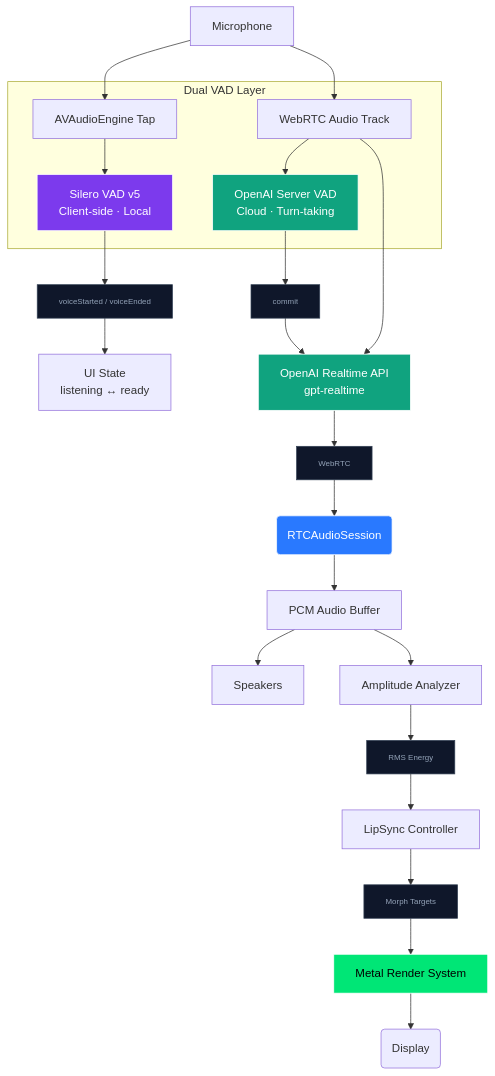
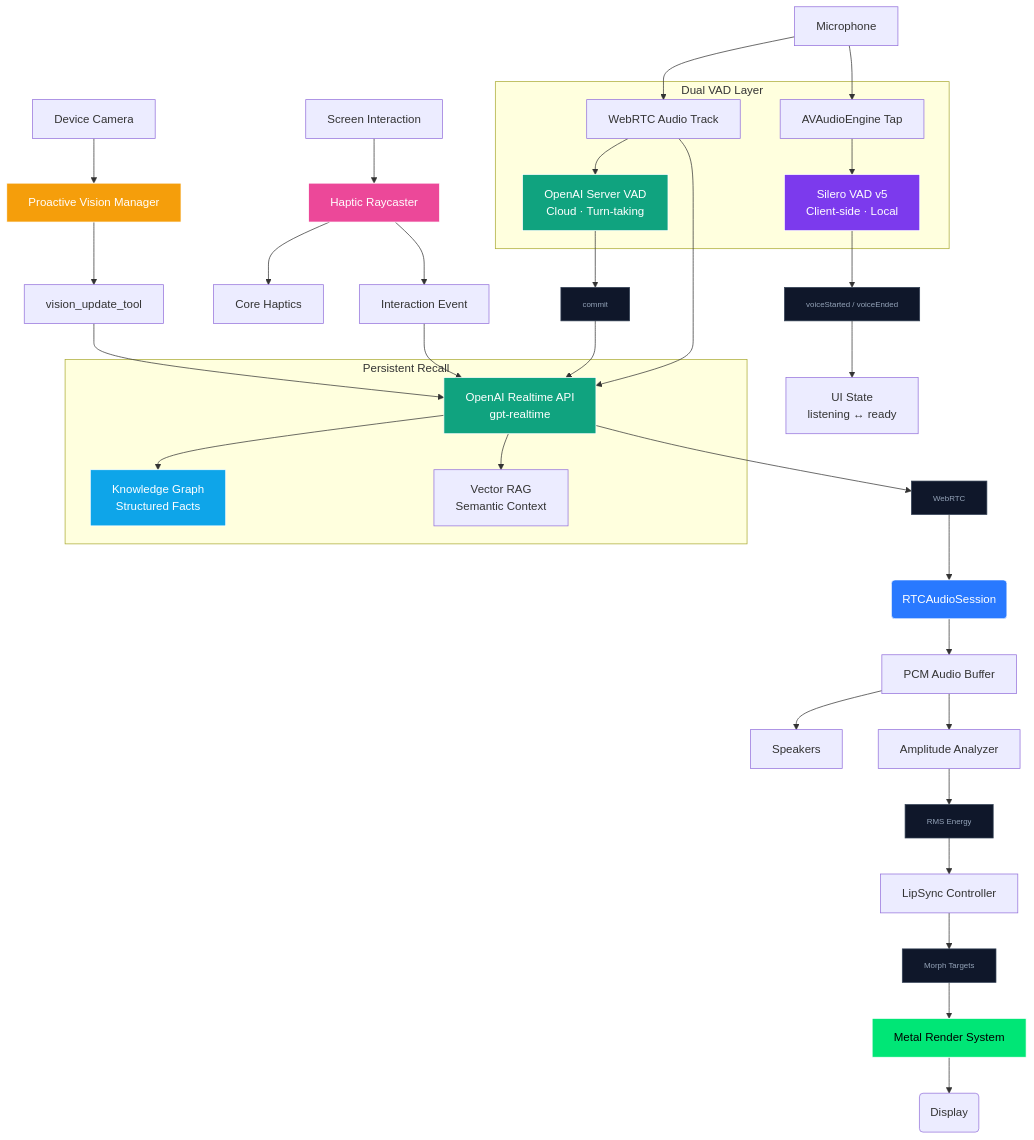
The first of 3 diagrams in README.md (kevinliddel/NeuraLink), drawn with Mermaid before and after one commit. The commit also changed other lines of this file and 24 other files, not shown here.

Commit message:
feat: implement knowledge graph memory, add proactive vision support, and introduce photo-taking and fact-storing AI skills.

````diff
--- a/README.md
+++ b/README.md
@@ -104,40 +107,59 @@
 ```mermaid
 graph TD
     MIC[Microphone]
+    CAM[Device Camera]
+    TOUCH[Screen Interaction]
 
     MIC --> WebRTC[WebRTC Audio Track]
     MIC --> Tap[AVAudioEngine Tap]
+    
+    CAM --> Vision[Proactive Vision Manager]
+    Vision --> FrameUpdate[vision_update_tool]
+    FrameUpdate --> API
+
+    TOUCH --> Raycast[Haptic Raycaster]
+    Raycast --> Haptic[Core Haptics]
+    Raycast --> Interact[Interaction Event]
+    Interact --> API
 
     subgraph VAD [Dual VAD Layer]
         Tap --> Silero[Silero VAD v5\nClient-side · Local]
         WebRTC --> ServerVAD[OpenAI Server VAD\nCloud · Turn-taking]
+    end
+
+    subgraph Memory [Persistent Recall]
+        API --> Facts[Knowledge Graph\nStructured Facts]
+        API --> Vectors[Vector RAG\nSemantic Context]
     end
 
     Silero --> VoiceEvent[voiceStarted / voiceEnded]
     VoiceEvent --> UIState[UI State\nlistening ↔ ready]
     ServerVAD --> Commit[commit]
     Commit --> API
 
     WebRTC --> API[OpenAI Realtime API\ngpt-realtime]
     API --> WebRTCLink[WebRTC]
     WebRTCLink --> RTC(RTCAudioSession)
     RTC --> Buffer[PCM Audio Buffer]
     Buffer --> Output[Speakers]
     Buffer --> Analyzer[Amplitude Analyzer]
     Analyzer --> RMSEnergy[RMS Energy]
     RMSEnergy --> Controller[LipSync Controller]
     Controller --> MorphTargets[Morph Targets]
     MorphTargets --> Metal[Metal Render System]
     Metal --> Screen(Display)
 
     style Silero fill:#7c3aed,stroke:#fff,color:#fff
     style ServerVAD fill:#10a37f,stroke:#fff,color:#fff
     style API fill:#10a37f,stroke:#fff,color:#fff
     style Metal fill:#00e676,stroke:#fff,color:#000
     style RTC fill:#2979ff,stroke:#fff,color:#fff
+    style Vision fill:#f59e0b,stroke:#fff,color:#fff
+    style Raycast fill:#ec4899,stroke:#fff,color:#fff
+    style Facts fill:#0ea5e9,stroke:#fff,color:#fff
     style VoiceEvent fill:#0f172a,stroke:#334155,color:#94a3b8,font-size:11px
     style Commit fill:#0f172a,stroke:#334155,color:#94a3b8,font-size:11px
     style WebRTCLink fill:#0f172a,stroke:#334155,color:#94a3b8,font-size:11px
     style RMSEnergy fill:#0f172a,stroke:#334155,color:#94a3b8,font-size:11px
     style MorphTargets fill:#0f172a,stroke:#334155,color:#94a3b8,font-size:11px
 ```
````
